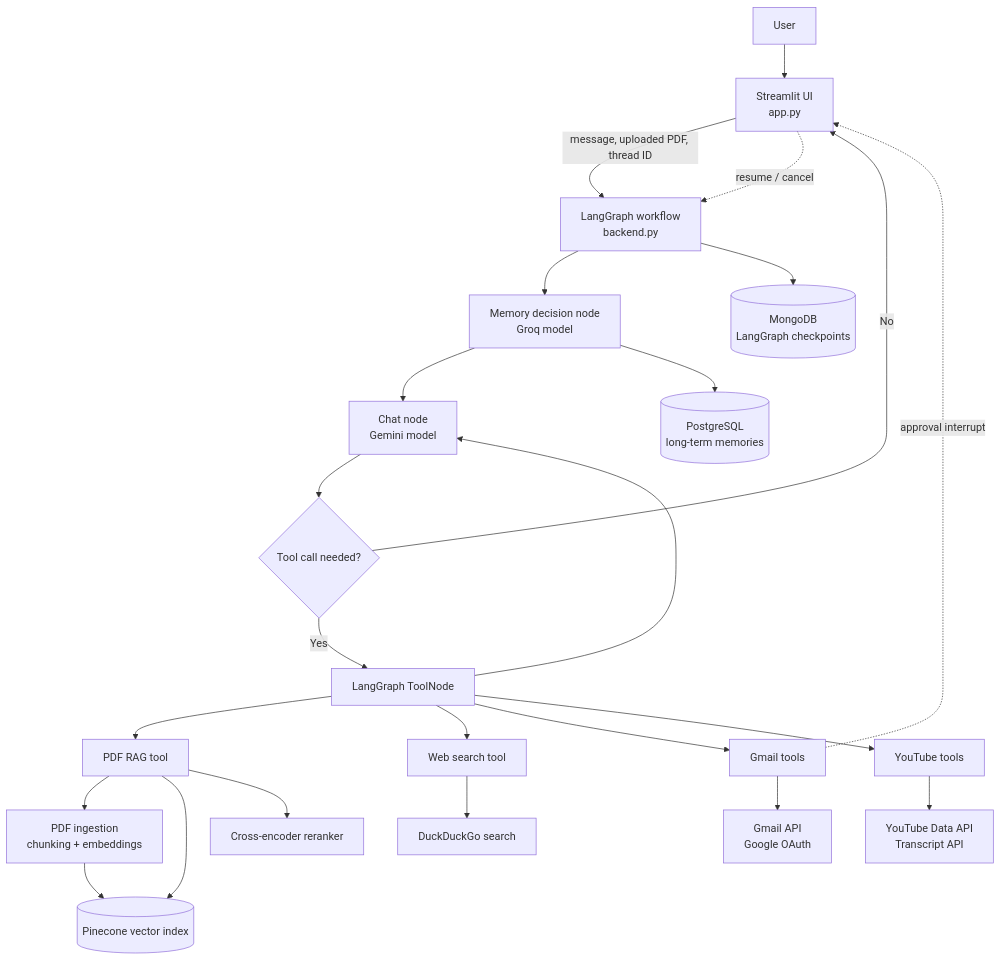
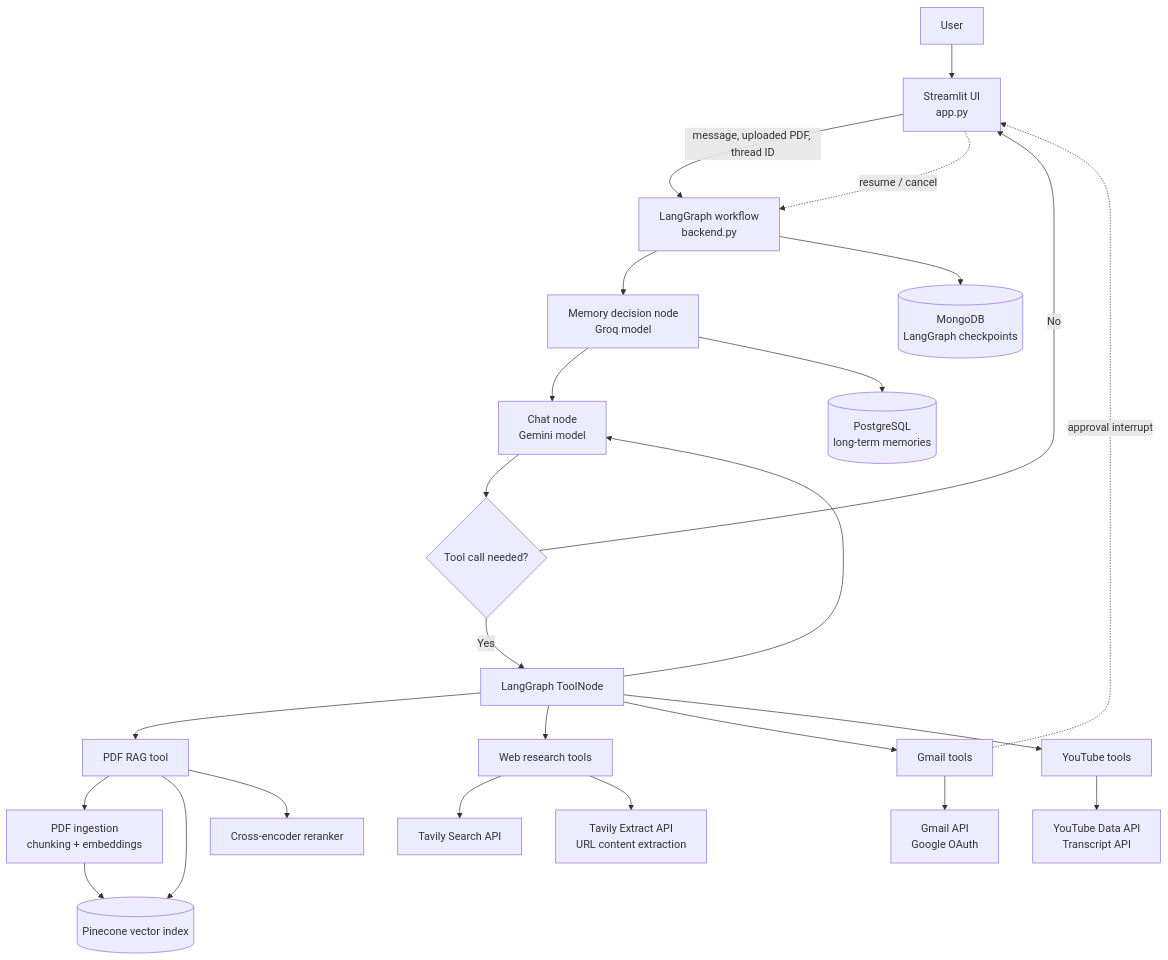
One commit to Soumya-techy/Atlas---personal-AI-assistant changed the diagram in README.md. Above: the diagram before and after it, drawn with Mermaid. The commit also changed other lines of this file, not shown here.

Commit message:
updated readme for the new web search

````diff
--- a/README.md
+++ b/README.md
@@ -19,32 +19,33 @@
 ```mermaid
 flowchart TB
     U[User] --> UI[Streamlit UI<br/>app.py]
     UI -->|message, uploaded PDF, thread ID| G[LangGraph workflow<br/>backend.py]
 
     G --> M[Memory decision node<br/>Groq model]
     M --> C[Chat node<br/>Gemini model]
     C --> R{Tool call needed?}
     R -->|No| UI
     R -->|Yes| T[LangGraph ToolNode]
     T --> C
 
     T --> DOC[PDF RAG tool]
-    T --> WEB[Web search tool]
+    T --> WEB[Web research tools]
     T --> MAIL[Gmail tools]
     T --> YT[YouTube tools]
 
     DOC --> INGEST[PDF ingestion<br/>chunking + embeddings]
     INGEST --> PC[(Pinecone vector index)]
     DOC --> PC
     DOC --> RR[Cross-encoder reranker]
 
-    WEB --> DDG[DuckDuckGo search]
+    WEB --> TAVSEARCH[Tavily Search API]
+    WEB --> TAVEXTRACT[Tavily Extract API<br/>URL content extraction]
     MAIL --> GOOGLE[Gmail API<br/>Google OAuth]
     YT --> YOUTUBE[YouTube Data API<br/>Transcript API]
 
     G --> MC[(MongoDB<br/>LangGraph checkpoints)]
     M --> PG[(PostgreSQL<br/>long-term memories)]
 
     MAIL -. approval interrupt .-> UI
     UI -. resume / cancel .-> G
 ```
````
